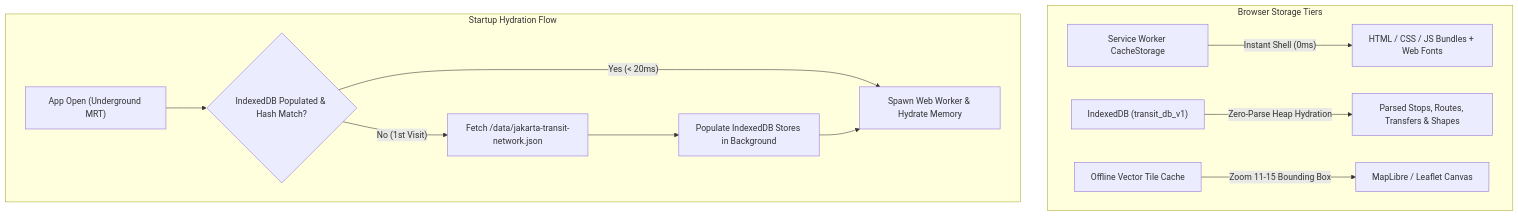
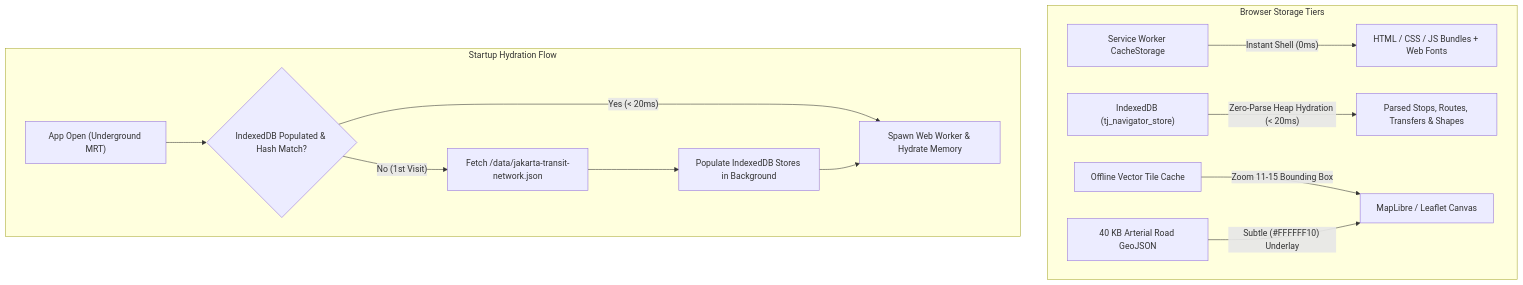
One commit to ling-ling30/tj-navigator changed the diagram in docs/PWA-OFFLINE-STORAGE-SPEC.md. Above: the diagram before and after it, drawn with Mermaid. The commit also changed other lines of this file and 2 other files, not shown here.

Commit message:
feat(pwa): lock in 4 underground offline refinements in PWA spec, glossary, and ticket #7

````diff
--- a/docs/PWA-OFFLINE-STORAGE-SPEC.md
+++ b/docs/PWA-OFFLINE-STORAGE-SPEC.md
@@ -9,16 +9,17 @@
 ```mermaid
 flowchart TD
     subgraph BrowserTiers["Browser Storage Tiers"]
         A["Service Worker CacheStorage"] -->|"Instant Shell (0ms)"| B["HTML / CSS / JS Bundles + Web Fonts"]
-        C["IndexedDB (transit_db_v1)"] -->|"Zero-Parse Heap Hydration"| D["Parsed Stops, Routes, Transfers & Shapes"]
+        C["IndexedDB (tj_navigator_store)"] -->|"Zero-Parse Heap Hydration (< 20ms)"| D["Parsed Stops, Routes, Transfers & Shapes"]
         E["Offline Vector Tile Cache"] -->|"Zoom 11-15 Bounding Box"| F["MapLibre / Leaflet Canvas"]
+        G["40 KB Arterial Road GeoJSON"] -->|"Subtle (#FFFFFF10) Underlay"| F
     end
 
     subgraph HydrationFlow["Startup Hydration Flow"]
-        G["App Open (Underground MRT)"] --> H{"IndexedDB Populated & Hash Match?"}
-        H -->|"Yes (< 20ms)"| I["Spawn Web Worker & Hydrate Memory"]
-        H -->|"No (1st Visit)"| J["Fetch /data/jakarta-transit-network.json"]
-        J --> K["Populate IndexedDB Stores in Background"]
-        K --> I
+        H["App Open (Underground MRT)"] --> I{"IndexedDB Populated & Hash Match?"}
+        I -->|"Yes (< 20ms)"| J["Spawn Web Worker & Hydrate Memory"]
+        I -->|"No (1st Visit)"| K["Fetch /data/jakarta-transit-network.json"]
+        K --> L["Populate IndexedDB Stores in Background"]
+        L --> J
     end
 ```
````
